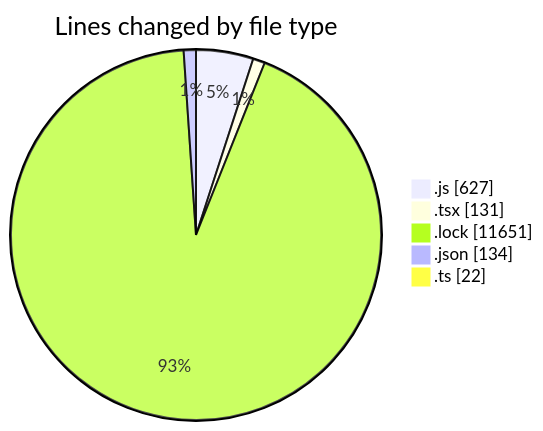
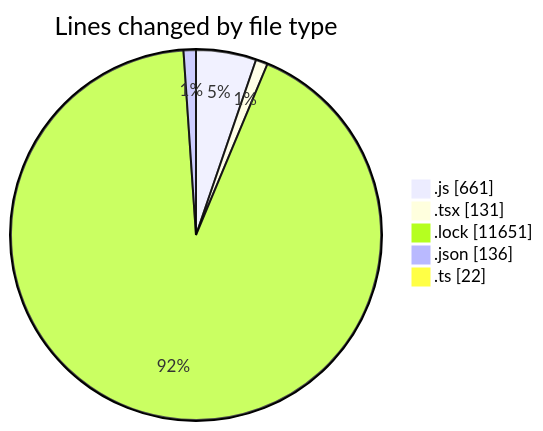
One commit to momahboobian/code-tracking changed the first of 2 diagrams in 2026-01-13/cda/README.md. Above: the diagram before and after it, drawn with Mermaid. The commit also changed other lines of this file and 1 other file, not shown here.

````diff
--- a/2026-01-13/cda/README.md
+++ b/2026-01-13/cda/README.md
@@ -28,9 +29,9 @@
 ```mermaid
 pie showData
 title Lines changed by file type
-".js" : 627
+".js" : 661
 ".tsx" : 131
 ".lock" : 11651
-".json" : 134
+".json" : 136
 ".ts" : 22
 ```
````
